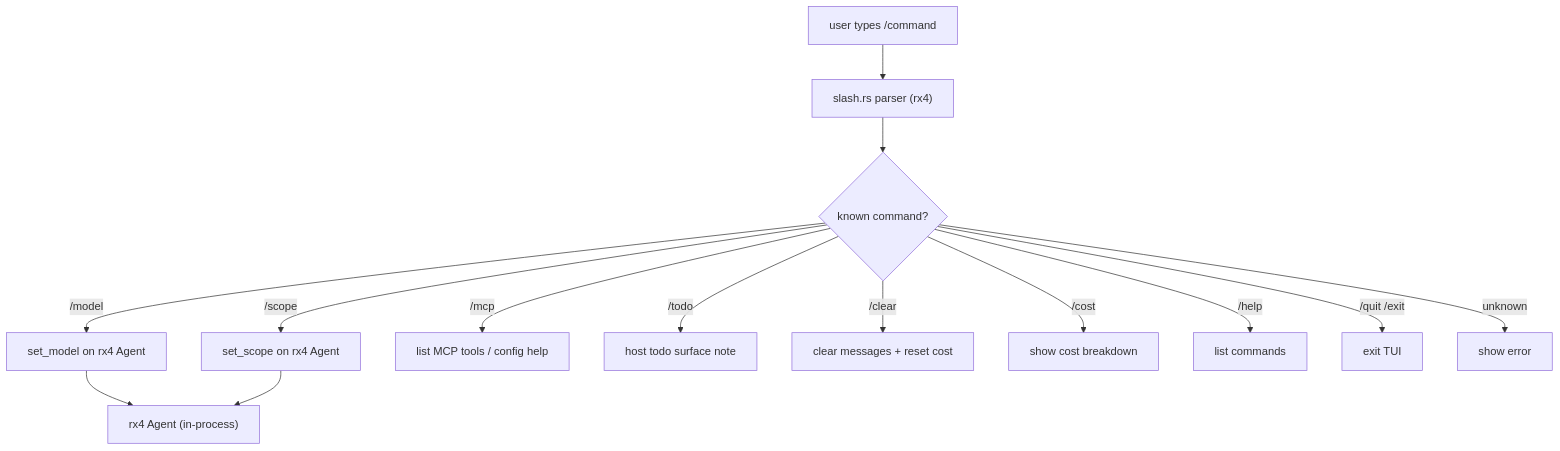
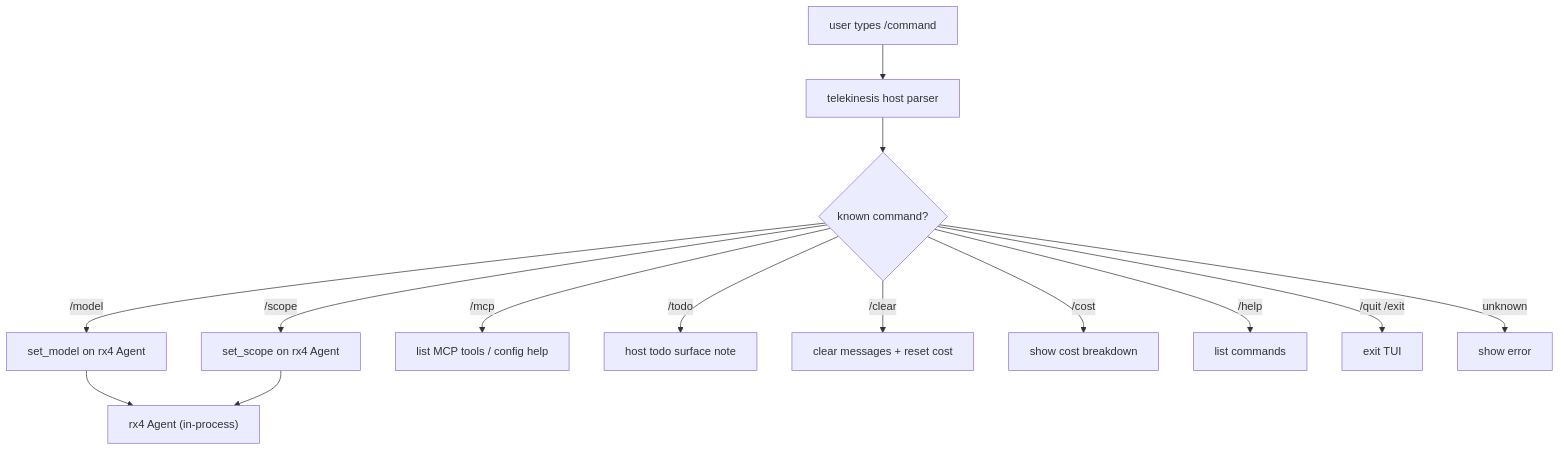
The third of 3 diagrams in AGENTS.md (semitechnological/telekinesis), drawn with Mermaid before and after one commit. The commit also changed other lines of this file and 6 other files, not shown here.

````diff
--- a/AGENTS.md
+++ b/AGENTS.md
@@ -68,16 +68,16 @@
 ```mermaid
 flowchart TD
-  Input["user types /command"] --> Parse["slash.rs parser (rx4)"]
+  Input["user types /command"] --> Parse["telekinesis host parser"]
   Parse --> Match{"known command?"}
   Match -->|/model| Model["set_model on rx4 Agent"]
   Match -->|/scope| Scope["set_scope on rx4 Agent"]
   Match -->|/mcp| Mcp["list MCP tools / config help"]
   Match -->|/todo| Todo["host todo surface note"]
   Match -->|/clear| Clear["clear messages + reset cost"]
   Match -->|/cost| Cost["show cost breakdown"]
   Match -->|/help| Help["list commands"]
   Match -->|/quit /exit| Quit["exit TUI"]
   Match -->|unknown| Err["show error"]
   Model --> Agent["rx4 Agent (in-process)"]
   Scope --> Agent
 ```
````
